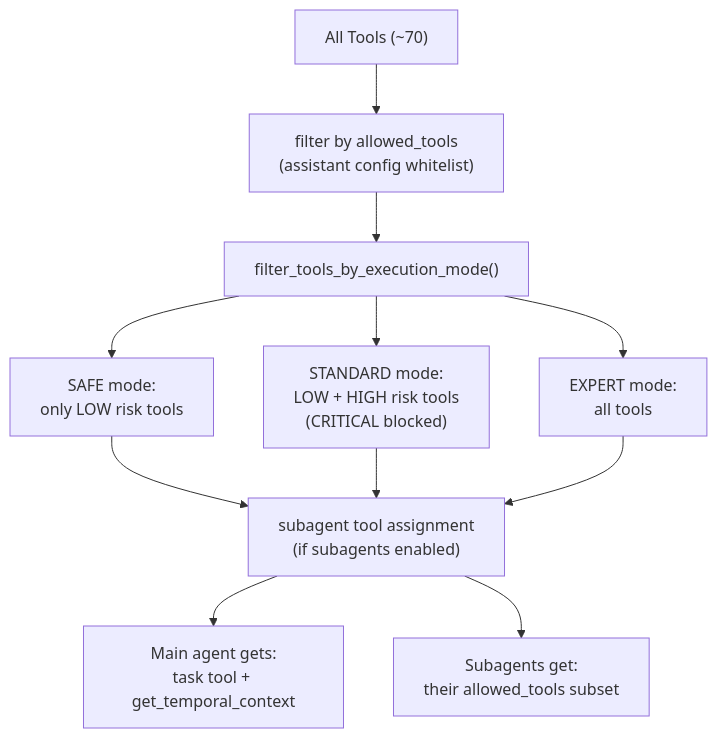
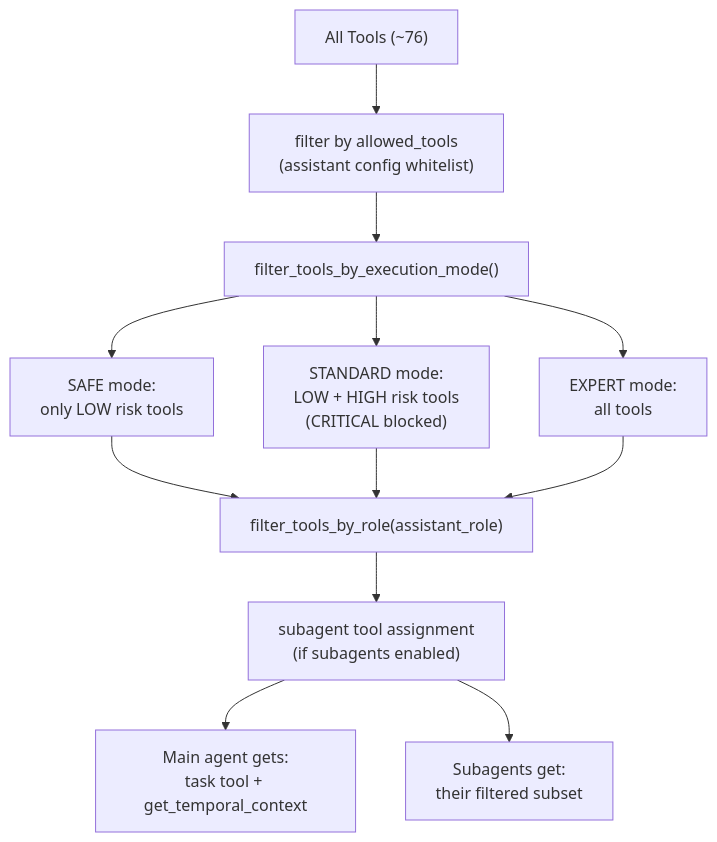
One commit to ogghst/backcast changed the second of 9 diagrams in docs/02-architecture/ai/agent-orchestration-guide.md. Above: the diagram before and after it, drawn with Mermaid. The commit also changed other lines of this file and 1 other file, not shown here.

First line of the commit message:
docs: update RBAC and AI orchestration docs with role-based tool filtering

````diff
--- a/docs/02-architecture/ai/agent-orchestration-guide.md
+++ b/docs/02-architecture/ai/agent-orchestration-guide.md
@@ -327,14 +327,15 @@
 ```mermaid
 flowchart TD
-    All["All Tools (~70)"]
+    All["All Tools (~76)"]
     All --> WL["filter by allowed_tools\n(assistant config whitelist)"]
     WL --> FEM["filter_tools_by_execution_mode()"]
     FEM --> SAFE["SAFE mode:\nonly LOW risk tools"]
     FEM --> STD["STANDARD mode:\nLOW + HIGH risk tools\n(CRITICAL blocked)"]
     FEM --> EXP["EXPERT mode:\nall tools"]
-    SAFE --> SA["subagent tool assignment\n(if subagents enabled)"]
-    STD --> SA
-    EXP --> SA
+    SAFE --> FBR["filter_tools_by_role(assistant_role)"]
+    STD --> FBR
+    EXP --> FBR
+    FBR --> SA["subagent tool assignment\n(if subagents enabled)"]
     SA --> MA["Main agent gets:\ntask tool + get_temporal_context"]
-    SA --> SUB["Subagents get:\ntheir allowed_tools subset"]
+    SA --> SUB["Subagents get:\ntheir filtered subset"]
 ```
````
